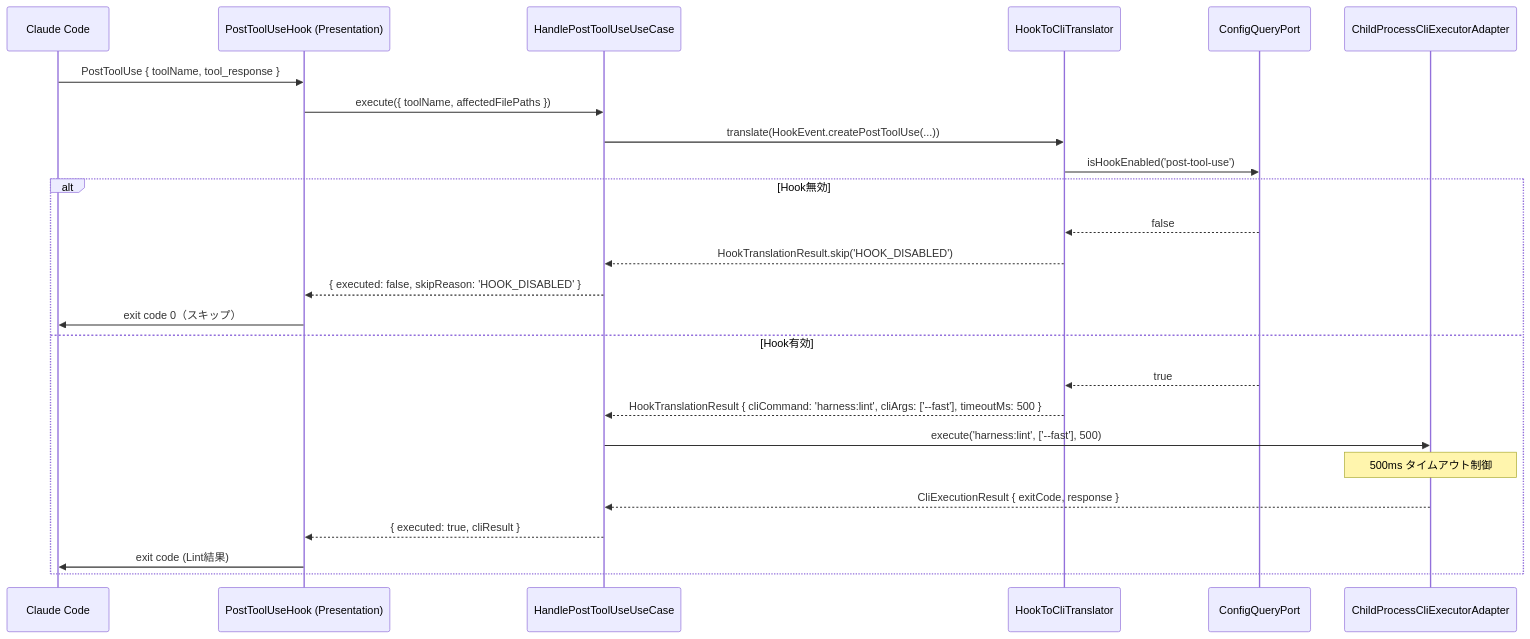
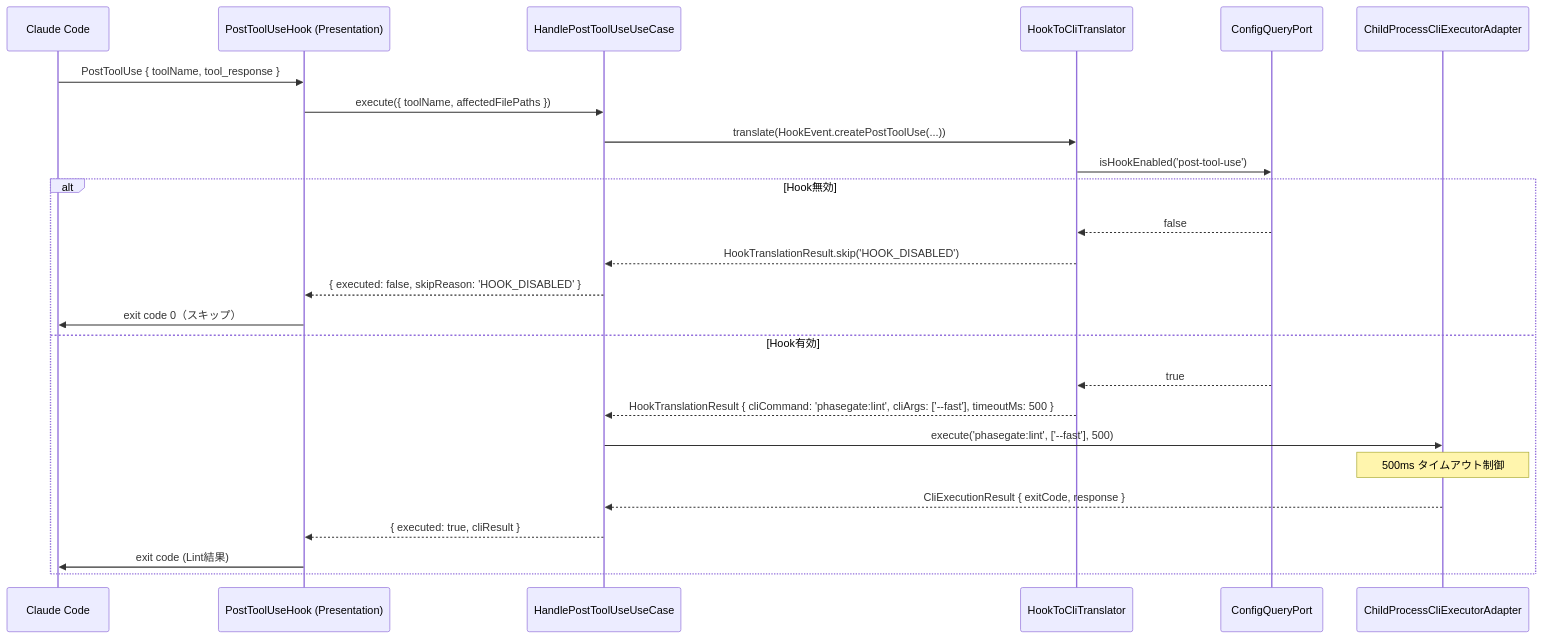
One commit to junpei-9898/phasegate changed the third of 5 diagrams in docs/product/construction/agent-integration/logical_design.md. Above: the diagram before and after it, drawn with Mermaid. The commit also changed other lines of this file and 181 other files, not shown here.

First line of the commit message:
feat: v0.16.0 — CLI コマンド名を harness から phasegate にリネーム

````diff
--- a/docs/product/construction/agent-integration/logical_design.md
+++ b/docs/product/construction/agent-integration/logical_design.md
@@ -1275,28 +1275,28 @@
 ```mermaid
 sequenceDiagram
     participant CC as Claude Code
     participant POT as PostToolUseHook (Presentation)
     participant UC as HandlePostToolUseUseCase
     participant TR as HookToCliTranslator
     participant CQ as ConfigQueryPort
     participant CLI as ChildProcessCliExecutorAdapter
 
     CC->>POT: PostToolUse { toolName, tool_response }
     POT->>UC: execute({ toolName, affectedFilePaths })
     UC->>TR: translate(HookEvent.createPostToolUse(...))
     TR->>CQ: isHookEnabled('post-tool-use')
     alt Hook無効
         CQ-->>TR: false
         TR-->>UC: HookTranslationResult.skip('HOOK_DISABLED')
         UC-->>POT: { executed: false, skipReason: 'HOOK_DISABLED' }
         POT->>CC: exit code 0（スキップ）
     else Hook有効
         CQ-->>TR: true
-        TR-->>UC: HookTranslationResult { cliCommand: 'harness:lint', cliArgs: ['--fast'], timeoutMs: 500 }
-        UC->>CLI: execute('harness:lint', ['--fast'], 500)
+        TR-->>UC: HookTranslationResult { cliCommand: 'phasegate:lint', cliArgs: ['--fast'], timeoutMs: 500 }
+        UC->>CLI: execute('phasegate:lint', ['--fast'], 500)
         note over CLI: 500ms タイムアウト制御
         CLI-->>UC: CliExecutionResult { exitCode, response }
         UC-->>POT: { executed: true, cliResult }
         POT->>CC: exit code (Lint結果)
     end
 ```
````
